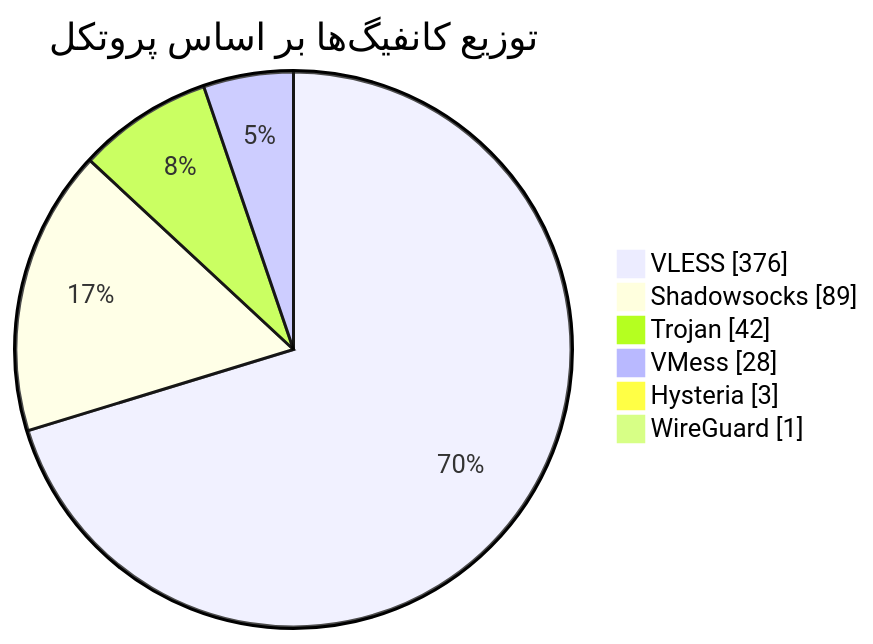
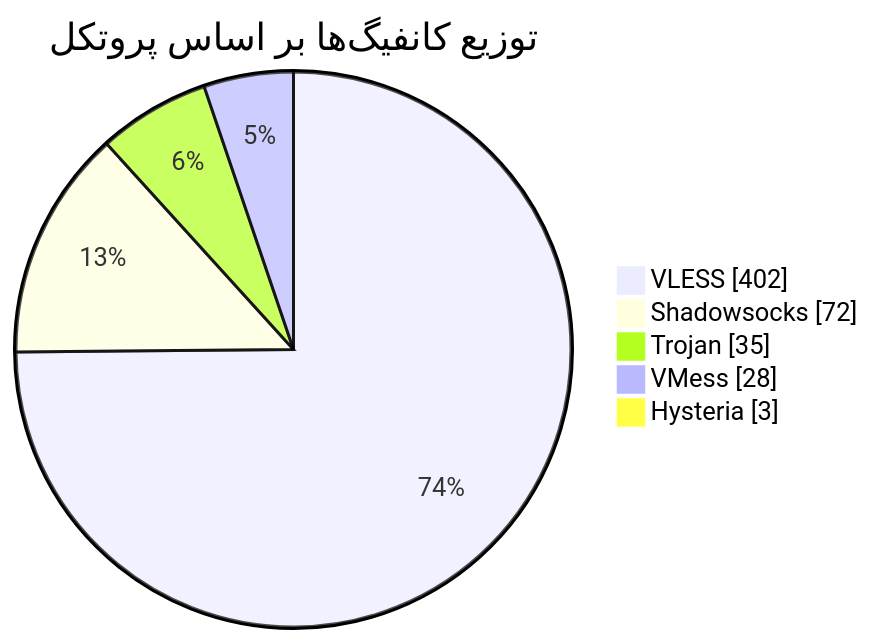
Before and after one commit to Arian-Alijani/Somthing: the diagram in README.md, drawn with Mermaid. The commit also changed other lines of this file and 73 other files, not shown here.

````diff
--- a/README.md
+++ b/README.md
@@ -48,10 +47,9 @@
 ```mermaid
 pie showData
     title توزیع کانفیگ‌ها بر اساس پروتکل
-    "VLESS" : 376
-    "Shadowsocks" : 89
-    "Trojan" : 42
+    "VLESS" : 402
+    "Shadowsocks" : 72
+    "Trojan" : 35
     "VMess" : 28
     "Hysteria" : 3
-    "WireGuard" : 1
 ```
````
